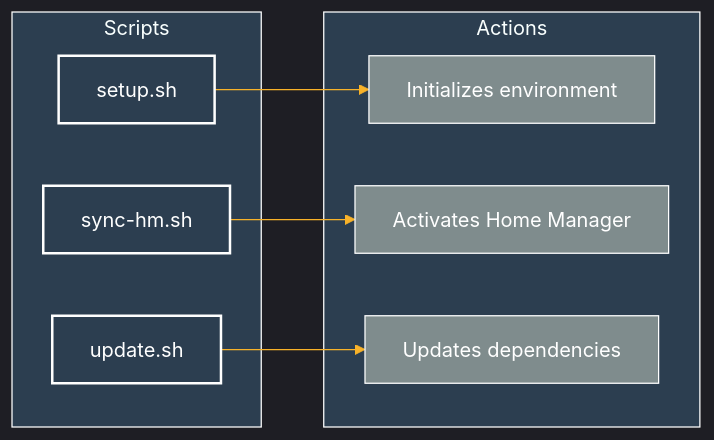
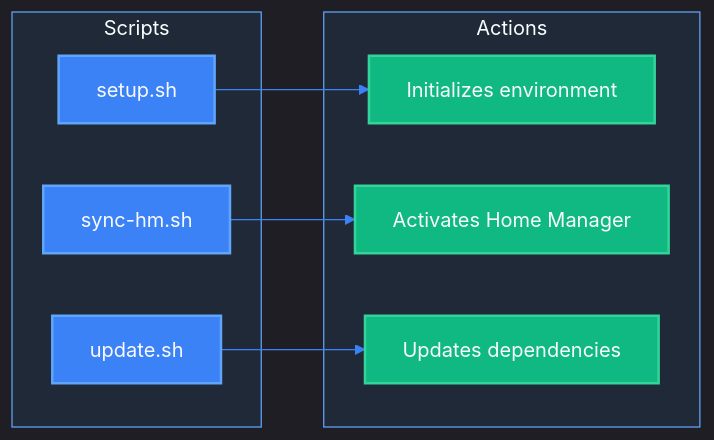
Before and after one commit to Ricoledan/digimon-knowledge-graph: the first of 5 diagrams in CLAUDE.md, drawn with Mermaid. The commit also changed other lines of this file, not shown here.

Commit message:
add diagrams

````diff
--- a/CLAUDE.md
+++ b/CLAUDE.md
@@ -114,25 +114,25 @@
 ```mermaid
-%%{init: {'theme':'dark', 'themeVariables': { 'primaryColor':'#1a1a1a', 'primaryTextColor':'#fff', 'primaryBorderColor':'#7C0000', 'lineColor':'#F8B229', 'secondaryColor':'#006100', 'tertiaryColor':'#2c3e50', 'background':'#1a1a1a', 'mainBkg':'#1a1a1a', 'secondBkg':'#2c3e50', 'tertiaryBkg':'#34495e', 'primaryBorderColor':'#fff', 'secondaryBorderColor':'#fff', 'tertiaryBorderColor':'#fff', 'clusterBkg':'#2c3e50', 'clusterBorder':'#fff', 'fontFamily':'monospace'}}}%%
+%%{init: {'theme':'dark', 'themeVariables': { 'primaryColor':'#1f2937', 'primaryTextColor':'#f9fafb', 'primaryBorderColor':'#60a5fa', 'lineColor':'#3b82f6', 'secondaryColor':'#059669', 'tertiaryColor':'#374151', 'background':'#111827', 'mainBkg':'#1f2937', 'secondBkg':'#374151', 'tertiaryBkg':'#4b5563', 'primaryBorderColor':'#60a5fa', 'secondaryBorderColor':'#10b981', 'tertiaryBorderColor':'#6366f1', 'clusterBkg':'#1f2937', 'clusterBorder':'#60a5fa', 'fontFamily':'monospace'}}}%%
 graph LR
     subgraph SC["Scripts"]
         A[setup.sh]
         B[sync-hm.sh]
         C[update.sh]
     end
     
     subgraph AC["Actions"]
         D[Initializes environment]
         E[Activates Home Manager]
         F[Updates dependencies]
     end
     
     A --> D
     B --> E
     C --> F
     
-    classDef script fill:#2c3e50,stroke:#fff,stroke-width:2px,color:#fff
-    classDef action fill:#7f8c8d,stroke:#fff,stroke-width:1px,color:#fff
+    classDef script fill:#3b82f6,stroke:#60a5fa,stroke-width:2px,color:#f9fafb
+    classDef action fill:#10b981,stroke:#34d399,stroke-width:2px,color:#f9fafb
     
     class A,B,C script
     class D,E,F action
 ```
````
